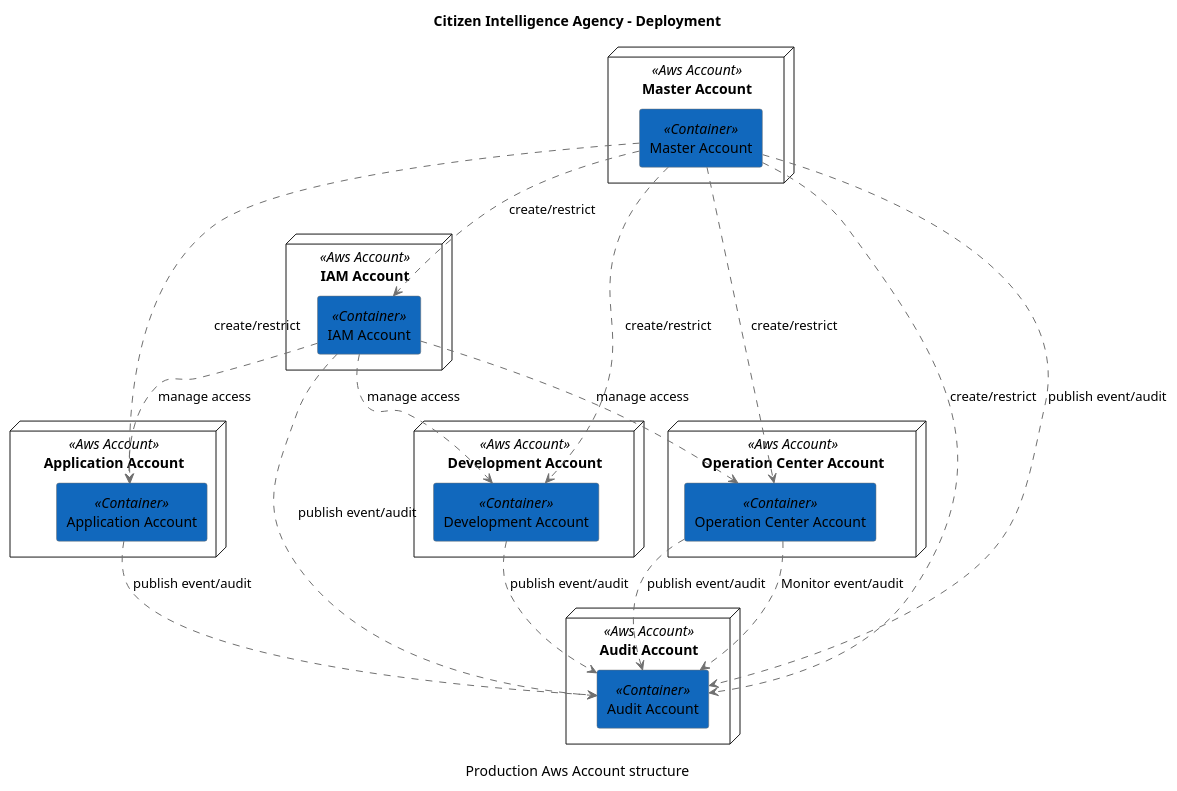
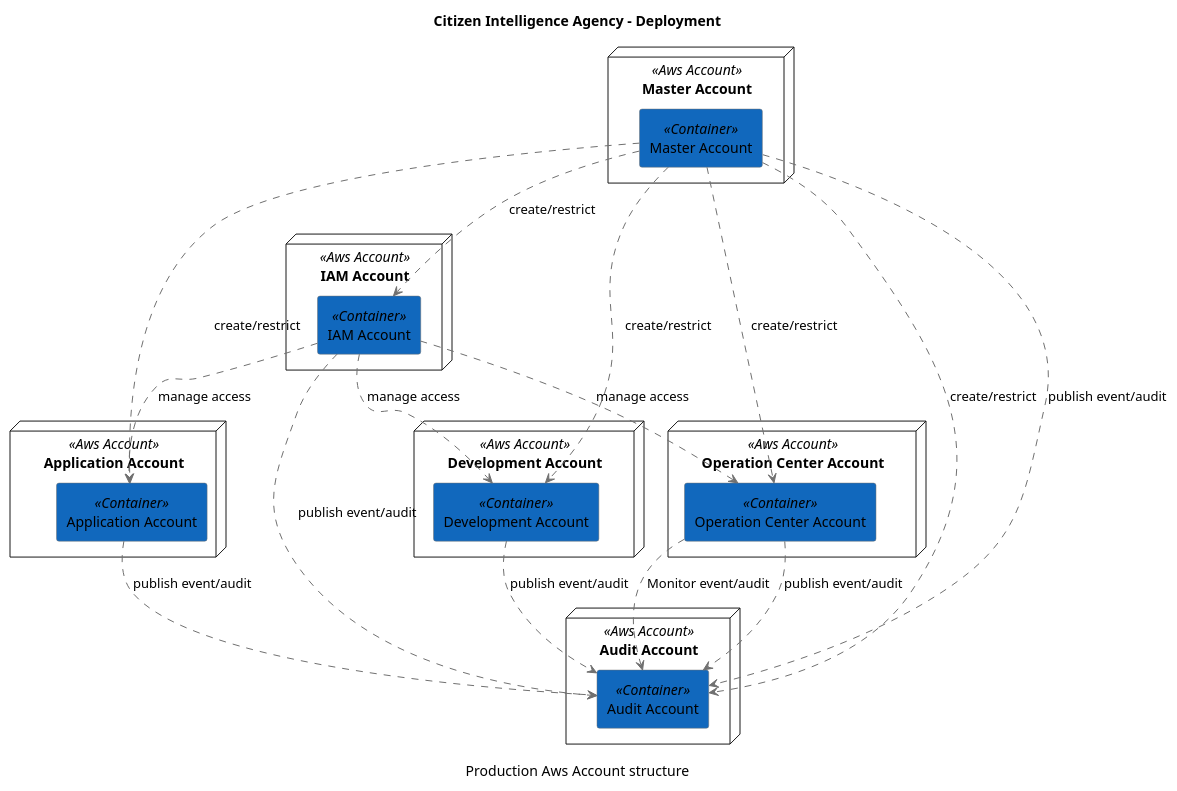
One commit to sjvs/cia changed the diagram in architecture/Citizen-Intelligence-Agency-Prod-Aws-Account-Structure.pu. Above: the diagram before and after it, drawn with PlantUML. The commit also changed other lines of this file and 1733 other files, not shown here.

```diff
--- a/architecture/Citizen-Intelligence-Agency-Prod-Aws-Account-Structure.pu
+++ b/architecture/Citizen-Intelligence-Agency-Prod-Aws-Account-Structure.pu
@@ -1,47 +1,47 @@
 @startuml(id="Production Aws Account structure")
 scale max 2000x2000
 title Citizen Intelligence Agency - Deployment
 caption "Production Aws Account structure"
 
 skinparam {
   shadowing false
   arrowColor #707070
   actorBorderColor #707070
   componentBorderColor #707070
   rectangleBorderColor #707070
   noteBackgroundColor #ffffff
   noteBorderColor #707070
 }
 node "Application Account" <<Aws Account>> as 12 {
   rectangle "Application Account" <<Container>> as 34 #1168bd
 }
 node "Audit Account" <<Aws Account>> as 10 {
   rectangle "Audit Account" <<Container>> as 30 #1168bd
 }
 node "Development Account" <<Aws Account>> as 6 {
   rectangle "Development Account" <<Container>> as 29 #1168bd
 }
 node "IAM Account" <<Aws Account>> as 4 {
   rectangle "IAM Account" <<Container>> as 36 #1168bd
 }
 node "Master Account" <<Aws Account>> as 2 {
   rectangle "Master Account" <<Container>> as 41 #1168bd
 }
 node "Operation Center Account" <<Aws Account>> as 8 {
   rectangle "Operation Center Account" <<Container>> as 28 #1168bd
 }
+36 .[#707070].> 34 : manage access
+41 .[#707070].> 29 : create/restrict
+41 .[#707070].> 36 : create/restrict
+28 .[#707070].> 30 : publish event/audit
+29 .[#707070].> 30 : publish event/audit
 36 .[#707070].> 29 : manage access
+34 .[#707070].> 30 : publish event/audit
+28 .[#707070].> 30 : Monitor event/audit
 41 .[#707070].> 30 : create/restrict
 41 .[#707070].> 30 : publish event/audit
-28 .[#707070].> 30 : Monitor event/audit
-28 .[#707070].> 30 : publish event/audit
+41 .[#707070].> 28 : create/restrict
+41 .[#707070].> 34 : create/restrict
 36 .[#707070].> 30 : publish event/audit
-34 .[#707070].> 30 : publish event/audit
-29 .[#707070].> 30 : publish event/audit
-41 .[#707070].> 28 : create/restrict
-41 .[#707070].> 36 : create/restrict
-41 .[#707070].> 34 : create/restrict
-41 .[#707070].> 29 : create/restrict
 36 .[#707070].> 28 : manage access
-36 .[#707070].> 34 : manage access
 @enduml
```
